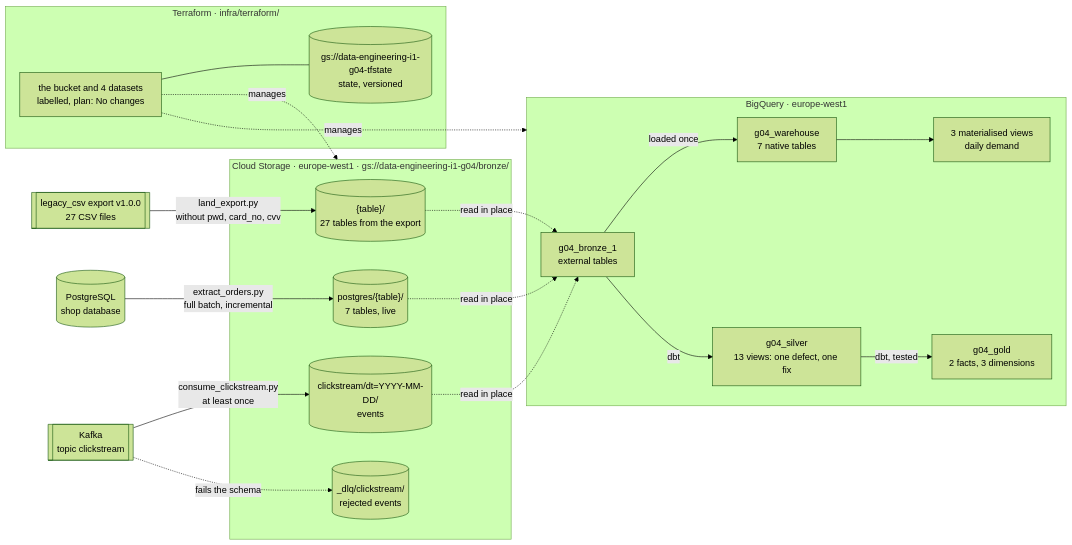
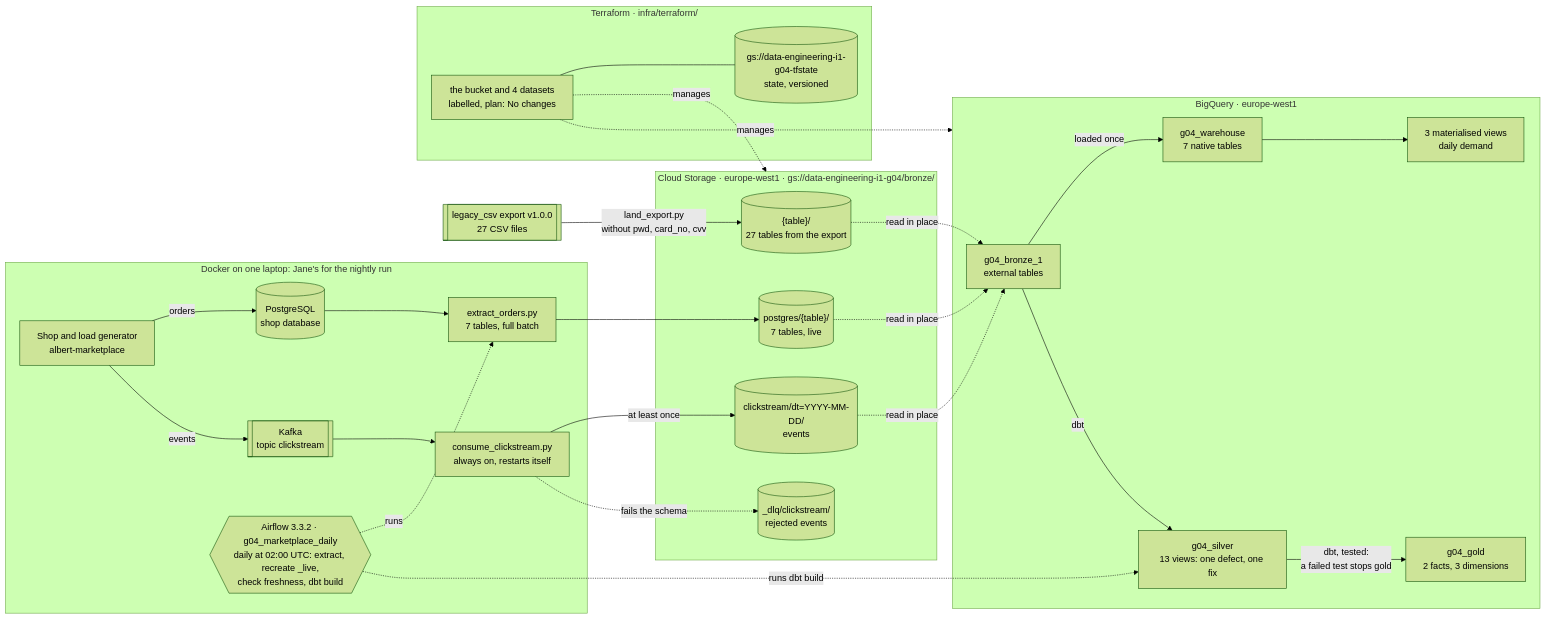
The second of 2 diagrams in docs/architecture.md (tluder-dot/DataEnGroup4), drawn with Mermaid (forest theme) before and after one commit. The commit also changed other lines of this file, not shown here.

Commit message:
Draw steps 6 to 10: Airflow, the consumer service, the classification
The diagram now shows what runs on the laptop (the shop, the database,
Kafka, the extractor, the consumer and Airflow) and what the DAG starts.
ADRs 0006 and 0007 join the decisions, L07 and L10 the change log.
Evaluna's access matrix and buyer-ID hashing are not merged yet, so
they are not drawn.

````diff
--- a/docs/architecture.md
+++ b/docs/architecture.md
@@ -61,42 +62,55 @@
 ```mermaid
 flowchart LR
   export[["legacy_csv export v1.0.0<br/>27 CSV files"]]
-  pg[("PostgreSQL<br/>shop database")]
-  kafka[["Kafka<br/>topic clickstream"]]
+
+  subgraph laptop["Docker on one laptop: Jane's for the nightly run"]
+    shop["Shop and load generator<br/>albert-marketplace"]
+    pg[("PostgreSQL<br/>shop database")]
+    kafka[["Kafka<br/>topic clickstream"]]
+    extractor["extract_orders.py<br/>7 tables, full batch"]
+    consumer["consume_clickstream.py<br/>always on, restarts itself"]
+    dag{{"Airflow 3.3.2 · g04_marketplace_daily<br/>daily at 02:00 UTC: extract, recreate _live,<br/>check freshness, dbt build"}}
+  end
 
   subgraph gcs["Cloud Storage · europe-west1 · gs://data-engineering-i1-g04/bronze/"]
     landed[("{table}/<br/>27 tables from the export")]
     live[("postgres/{table}/<br/>7 tables, live")]
     stream[("clickstream/dt=YYYY-MM-DD/<br/>events")]
     dlq[("_dlq/clickstream/<br/>rejected events")]
   end
 
   subgraph bq["BigQuery · europe-west1"]
     ext["g04_bronze_1<br/>external tables"]
     wh["g04_warehouse<br/>7 native tables"]
     mv["3 materialised views<br/>daily demand"]
     silver["g04_silver<br/>13 views: one defect, one fix"]
     gold["g04_gold<br/>2 facts, 3 dimensions"]
   end
 
   export -- "land_export.py<br/>without pwd, card_no, cvv" --> landed
-  pg -- "extract_orders.py<br/>full batch, incremental" --> live
-  kafka -- "consume_clickstream.py<br/>at least once" --> stream
-  kafka -.->|fails the schema| dlq
+  shop -- "orders" --> pg
+  shop -- "events" --> kafka
+  pg --> extractor
+  extractor --> live
+  kafka --> consumer
+  consumer -- "at least once" --> stream
+  consumer -.->|fails the schema| dlq
+  dag -.->|runs| extractor
   landed -.->|read in place| ext
   live -.->|read in place| ext
   stream -.->|read in place| ext
   ext -- "loaded once" --> wh
   wh --> mv
   ext -- "dbt" --> silver
-  silver -- "dbt, tested" --> gold
+  silver -- "dbt, tested:<br/>a failed test stops gold" --> gold
+  dag -.->|"runs dbt build"| silver
 
   subgraph iac["Terraform · infra/terraform/"]
     tf["the bucket and 4 datasets<br/>labelled, plan: No changes"]
     state[("gs://data-engineering-i1-g04-tfstate<br/>state, versioned")]
   end
 
   tf -.->|manages| gcs
   tf -.->|manages| bq
   tf --- state
 ```
````
